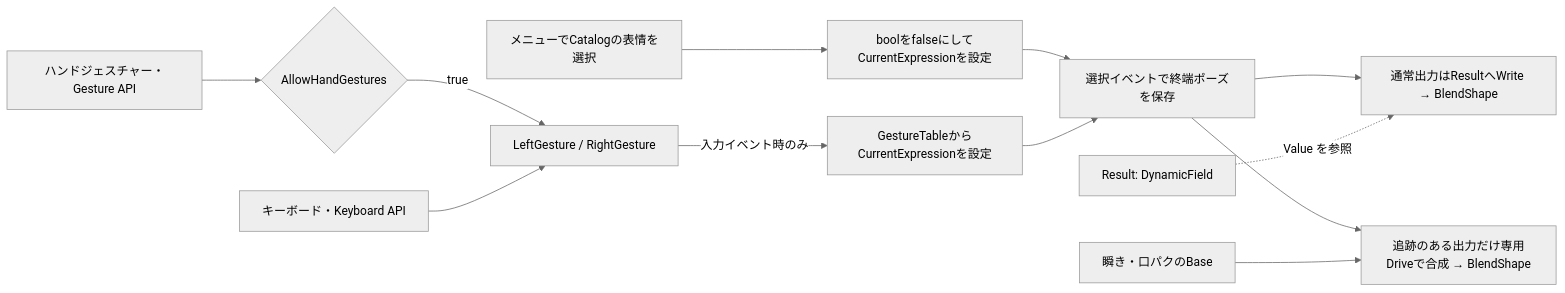
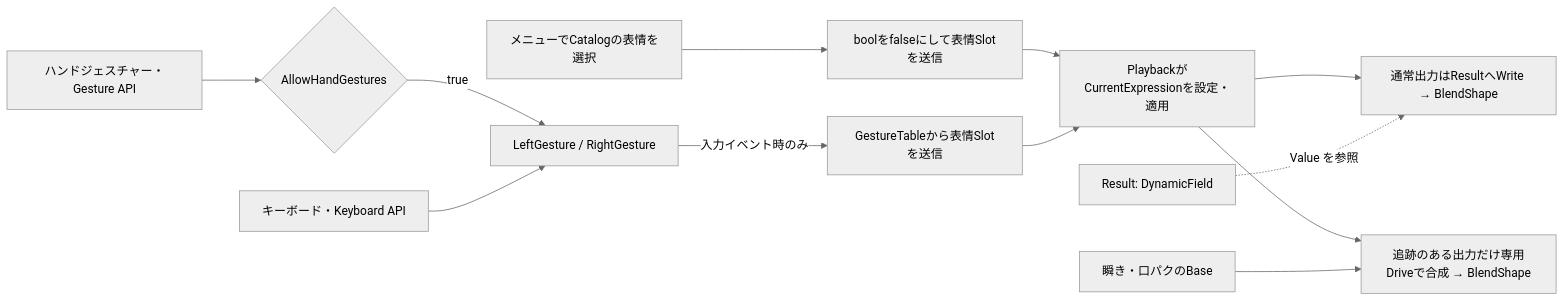
One commit to orange3134/VRMtoResonitePackage changed the diagram in docs/expression-system.md. Above: the diagram before and after it, drawn with Mermaid (neutral theme). The commit also changed other lines of this file and 15 other files, not shown here.

````diff
--- a/docs/expression-system.md
+++ b/docs/expression-system.md
@@ -18,14 +18,14 @@
 ```mermaid
 flowchart LR
     H[ハンドジェスチャー・Gesture API] --> G{AllowHandGestures}
     G -->|true| S[LeftGesture / RightGesture]
     K[キーボード・Keyboard API] --> S
-    D[メニューでCatalogの表情を選択] --> T[boolをfalseにしてCurrentExpressionを設定]
+    D[メニューでCatalogの表情を選択] --> T[boolをfalseにして表情Slotを送信]
     T --> R
-    S -->|入力イベント時のみ| P[GestureTableからCurrentExpressionを設定]
-    P --> R[選択イベントで終端ポーズを保存]
+    S -->|入力イベント時のみ| P[GestureTableから表情Slotを送信]
+    P --> R[PlaybackがCurrentExpressionを設定・適用]
     R --> V[通常出力はResultへWrite → BlendShape]
     R --> Q[追跡のある出力だけ専用Driveで合成 → BlendShape]
     B[瞬き・口パクのBase] --> Q
     Result[Result: DynamicField] -. Value を参照 .-> V
 ```
````
